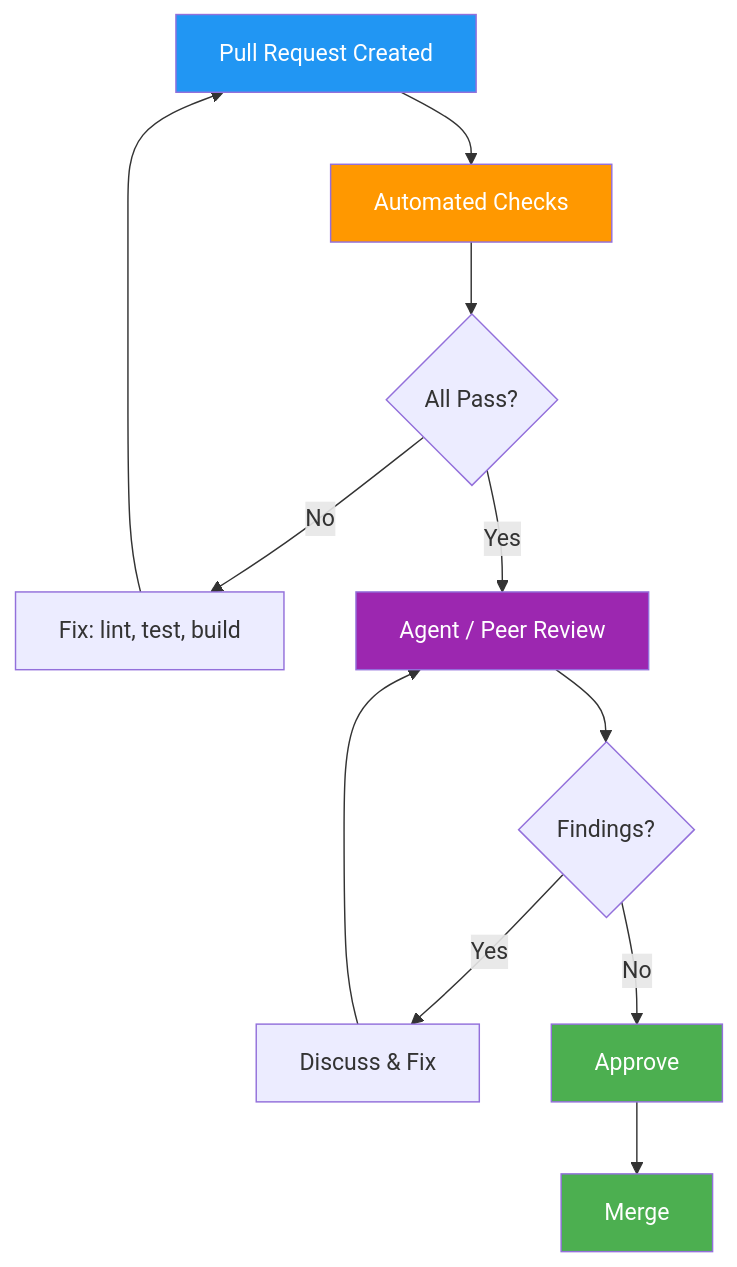
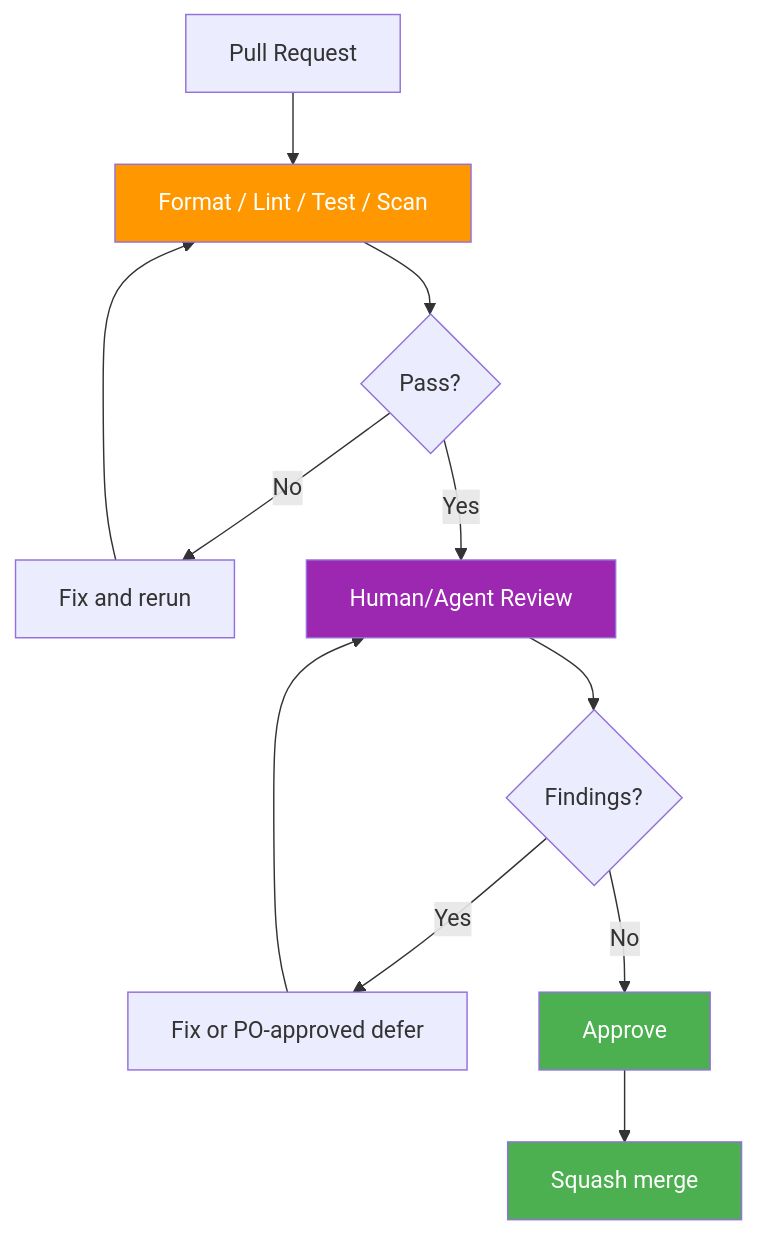
Before and after one commit to oat431/document_template: the diagram in external_spec/deerngo_bot/03_construction/036_BE_code_review_records.md, drawn with Mermaid. The commit also changed other lines of this file and 32 other files, not shown here.

````diff
--- a/external_spec/deerngo_bot/03_construction/036_BE_code_review_records.md
+++ b/external_spec/deerngo_bot/03_construction/036_BE_code_review_records.md
@@ -35,19 +29,18 @@
 ```mermaid
 flowchart TD
-    PR[Pull Request Created] --> AUTO[Automated Checks]
-    AUTO --> CHECK{All Pass?}
-    CHECK -->|No| FIX_AUTO[Fix: lint, test, build]
-    FIX_AUTO --> PR
-    CHECK -->|Yes| REVIEW[Agent / Peer Review]
+    PR[Pull Request] --> AUTO[Format / Lint / Test / Scan]
+    AUTO --> CHECK{Pass?}
+    CHECK -->|No| FIX[Fix and rerun]
+    FIX --> AUTO
+    CHECK -->|Yes| REVIEW[Human/Agent Review]
     REVIEW --> FINDINGS{Findings?}
-    FINDINGS -->|Yes| DISCUSS[Discuss & Fix]
+    FINDINGS -->|Yes| DISCUSS[Fix or PO-approved defer]
     DISCUSS --> REVIEW
     FINDINGS -->|No| APPROVE[Approve]
-    APPROVE --> MERGE[Merge]
+    APPROVE --> MERGE[Squash merge]
 
-    style PR fill:#2196F3,color:#fff
     style AUTO fill:#FF9800,color:#fff
     style REVIEW fill:#9C27B0,color:#fff
     style APPROVE fill:#4CAF50,color:#fff
     style MERGE fill:#4CAF50,color:#fff
 ```
````
